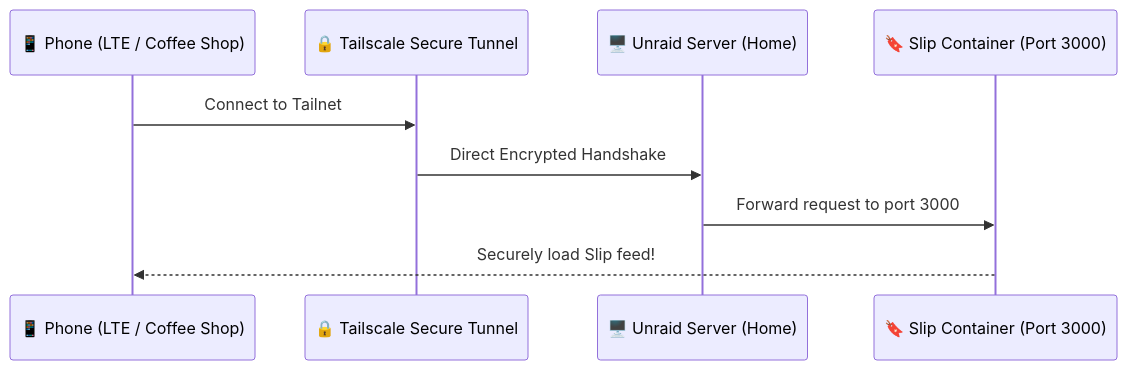
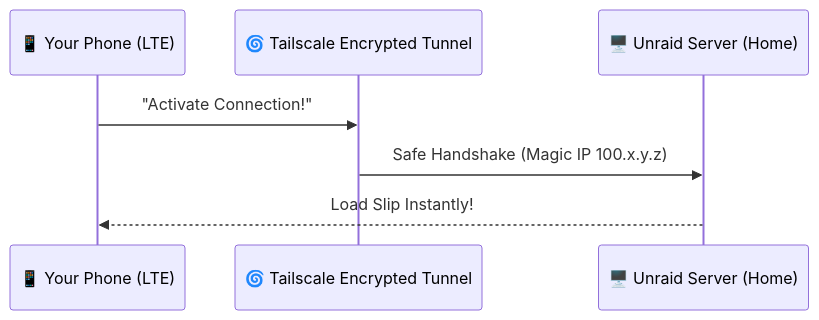
Before and after one commit to akshaybhandare/slip: the second of 2 diagrams in USER_GUIDE.md, drawn with Mermaid. The commit also changed other lines of this file, not shown here.

````diff
--- a/USER_GUIDE.md
+++ b/USER_GUIDE.md
@@ -73,12 +93,10 @@
 ```mermaid
 sequenceDiagram
-    participant Device as 📱 Phone (LTE / Coffee Shop)
-    participant VPN as 🔒 Tailscale Secure Tunnel
-    participant Server as 🖥️ Unraid Server (Home)
-    participant App as 🔖 Slip Container (Port 3000)
-
-    Device->>VPN: Connect to Tailnet
-    VPN->>Server: Direct Encrypted Handshake
-    Server->>App: Forward request to port 3000
-    App-->>Device: Securely load Slip feed!
+    participant Phone as 📱 Your Phone (LTE)
+    participant Portal as 🌀 Tailscale Encrypted Tunnel
+    participant Unraid as 🖥️ Unraid Server (Home)
+    
+    Phone->>Portal: "Activate Connection!"
+    Portal->>Unraid: Safe Handshake (Magic IP 100.x.y.z)
+    Unraid-->>Phone: Load Slip Instantly!
 ```
````
